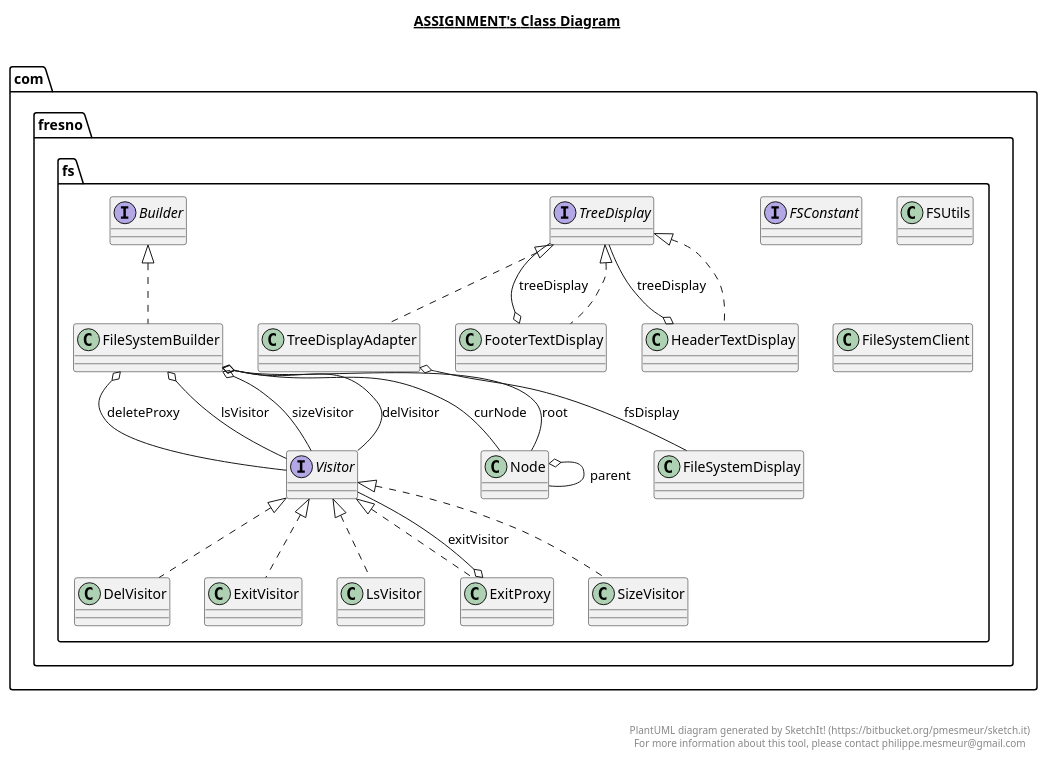
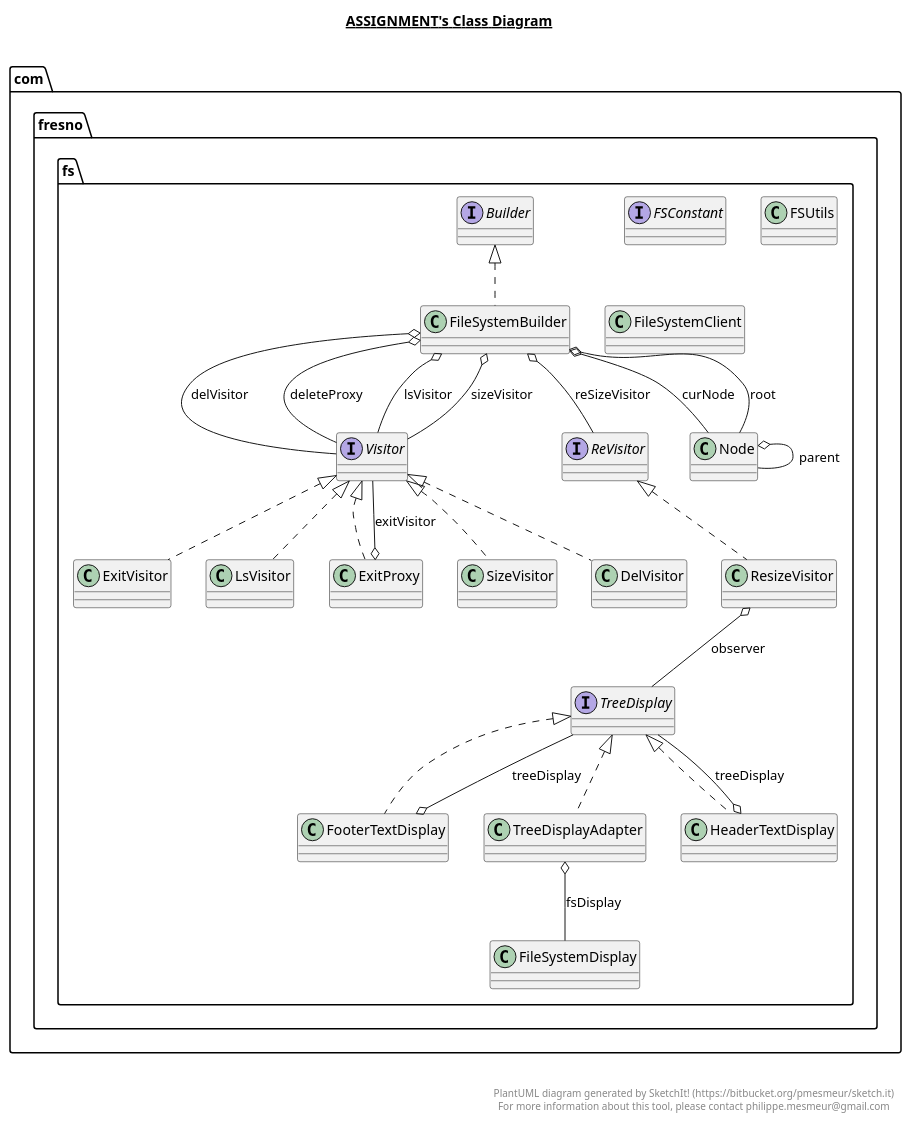
One commit to qwang6/assignment changed the diagram in assignment.plantuml. Above: the diagram before and after it, drawn with PlantUML. The commit also changed 14 other files, not shown here.

```diff
--- a/assignment.plantuml
+++ b/assignment.plantuml
@@ -1,136 +1,151 @@
 @startuml
 
 title __ASSIGNMENT's Class Diagram__\n
 
   namespace com.fresno.fs {
     interface com.fresno.fs.Builder {
     }
   }
   
 
   namespace com.fresno.fs {
     class com.fresno.fs.DelVisitor {
     }
   }
   
 
   namespace com.fresno.fs {
     class com.fresno.fs.ExitProxy {
     }
   }
   
 
   namespace com.fresno.fs {
     class com.fresno.fs.ExitVisitor {
     }
   }
   
 
   namespace com.fresno.fs {
     interface com.fresno.fs.FSConstant {
     }
   }
   
 
   namespace com.fresno.fs {
     class com.fresno.fs.FSUtils {
     }
   }
   
 
   namespace com.fresno.fs {
     class com.fresno.fs.FileSystemBuilder {
     }
   }
   
 
   namespace com.fresno.fs {
     class com.fresno.fs.FileSystemClient {
     }
   }
   
 
   namespace com.fresno.fs {
     class com.fresno.fs.FileSystemDisplay {
     }
   }
   
 
   namespace com.fresno.fs {
     class com.fresno.fs.FooterTextDisplay {
     }
   }
   
 
   namespace com.fresno.fs {
     class com.fresno.fs.HeaderTextDisplay {
     }
   }
   
 
   namespace com.fresno.fs {
     class com.fresno.fs.LsVisitor {
     }
   }
   
 
   namespace com.fresno.fs {
     class com.fresno.fs.Node {
     }
   }
   
 
   namespace com.fresno.fs {
+    interface com.fresno.fs.ReVisitor {
+    }
+  }
+  
+
+  namespace com.fresno.fs {
+    class com.fresno.fs.ResizeVisitor {
+    }
+  }
+  
+
+  namespace com.fresno.fs {
     class com.fresno.fs.SizeVisitor {
     }
   }
   
 
   namespace com.fresno.fs {
     interface com.fresno.fs.TreeDisplay {
     }
   }
   
 
   namespace com.fresno.fs {
     class com.fresno.fs.TreeDisplayAdapter {
     }
   }
   
 
   namespace com.fresno.fs {
     interface com.fresno.fs.Visitor {
     }
   }
   
 
   com.fresno.fs.DelVisitor .up.|> com.fresno.fs.Visitor
   com.fresno.fs.ExitProxy .up.|> com.fresno.fs.Visitor
   com.fresno.fs.ExitProxy o-- com.fresno.fs.Visitor : exitVisitor
   com.fresno.fs.ExitVisitor .up.|> com.fresno.fs.Visitor
   com.fresno.fs.FileSystemBuilder .up.|> com.fresno.fs.Builder
   com.fresno.fs.FileSystemBuilder o-- com.fresno.fs.Node : curNode
   com.fresno.fs.FileSystemBuilder o-- com.fresno.fs.Visitor : delVisitor
   com.fresno.fs.FileSystemBuilder o-- com.fresno.fs.Visitor : deleteProxy
   com.fresno.fs.FileSystemBuilder o-- com.fresno.fs.Visitor : lsVisitor
+  com.fresno.fs.FileSystemBuilder o-- com.fresno.fs.ReVisitor : reSizeVisitor
   com.fresno.fs.FileSystemBuilder o-- com.fresno.fs.Node : root
   com.fresno.fs.FileSystemBuilder o-- com.fresno.fs.Visitor : sizeVisitor
   com.fresno.fs.FooterTextDisplay .up.|> com.fresno.fs.TreeDisplay
   com.fresno.fs.FooterTextDisplay o-- com.fresno.fs.TreeDisplay : treeDisplay
   com.fresno.fs.HeaderTextDisplay .up.|> com.fresno.fs.TreeDisplay
   com.fresno.fs.HeaderTextDisplay o-- com.fresno.fs.TreeDisplay : treeDisplay
   com.fresno.fs.LsVisitor .up.|> com.fresno.fs.Visitor
   com.fresno.fs.Node o-- com.fresno.fs.Node : parent
+  com.fresno.fs.ResizeVisitor .up.|> com.fresno.fs.ReVisitor
+  com.fresno.fs.ResizeVisitor o-- com.fresno.fs.TreeDisplay : observer
   com.fresno.fs.SizeVisitor .up.|> com.fresno.fs.Visitor
   com.fresno.fs.TreeDisplayAdapter .up.|> com.fresno.fs.TreeDisplay
   com.fresno.fs.TreeDisplayAdapter o-- com.fresno.fs.FileSystemDisplay : fsDisplay
 
 
 right footer
 
 
 PlantUML diagram generated by SketchIt! (https://bitbucket.org/pmesmeur/sketch.it)
 For more information about this tool, please contact philippe.mesmeur@gmail.com
 endfooter
 
 @enduml
```
